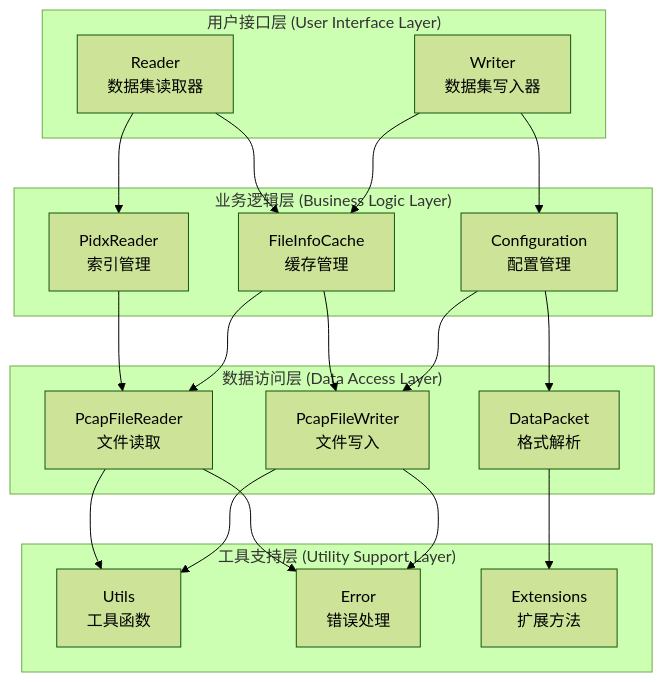
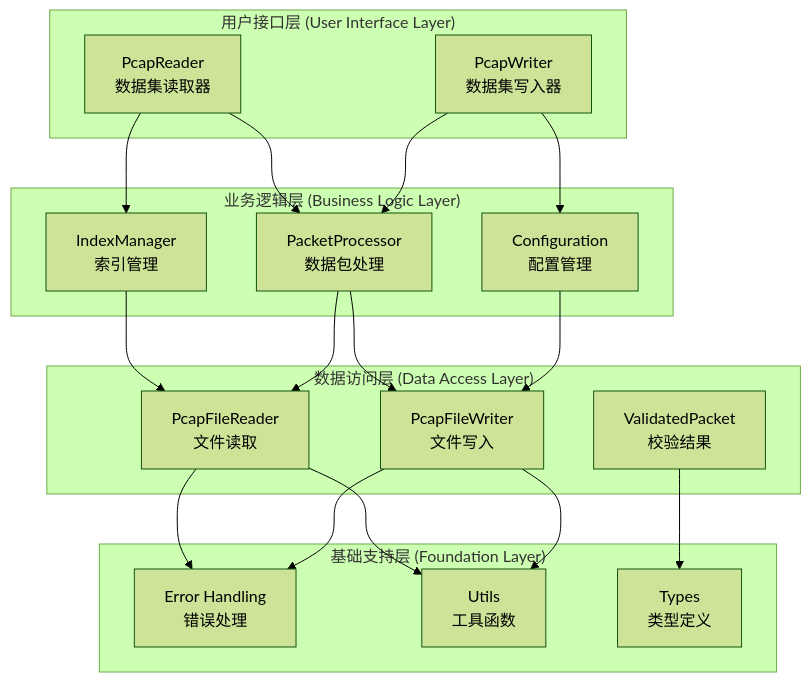
The first of 3 diagrams in docs/INTERNAL_DESIGN.md (Zoranner/pcapfile-io), drawn with Mermaid (forest theme) before and after one commit. The commit also changed other lines of this file and 8 other files, not shown here.

````diff
--- a/docs/INTERNAL_DESIGN.md
+++ b/docs/INTERNAL_DESIGN.md
@@ -34,42 +20,41 @@
 ```mermaid
 graph TB
     subgraph "用户接口层 (User Interface Layer)"
-        A1[Reader<br/>数据集读取器]
-        A2[Writer<br/>数据集写入器]
+        A1[PcapReader<br/>数据集读取器]
+        A2[PcapWriter<br/>数据集写入器]
     end
     
     subgraph "业务逻辑层 (Business Logic Layer)"
-        B1[PidxReader<br/>索引管理]
-        B2[FileInfoCache<br/>缓存管理]
+        B1[IndexManager<br/>索引管理]
+        B2[PacketProcessor<br/>数据包处理]
         B3[Configuration<br/>配置管理]
     end
     
     subgraph "数据访问层 (Data Access Layer)"
         C1[PcapFileReader<br/>文件读取]
         C2[PcapFileWriter<br/>文件写入]
-        C3[DataPacket<br/>格式解析]
+        C3[ValidatedPacket<br/>校验结果]
     end
     
-    subgraph "工具支持层 (Utility Support Layer)"
-        D1[Utils<br/>工具函数]
-        D2[Error<br/>错误处理]
-        D3[Extensions<br/>扩展方法]
+    subgraph "基础支持层 (Foundation Layer)"
+        D1[Error Handling<br/>错误处理]
+        D2[Utils<br/>工具函数]
+        D3[Types<br/>类型定义]
     end
     
     A1 --> B1
     A1 --> B2
     A2 --> B2
     A2 --> B3
     
     B1 --> C1
     B2 --> C1
     B2 --> C2
     B3 --> C2
-    B3 --> C3
     
     C1 --> D1
     C1 --> D2
     C2 --> D1
     C2 --> D2
     C3 --> D3
 ```
````
